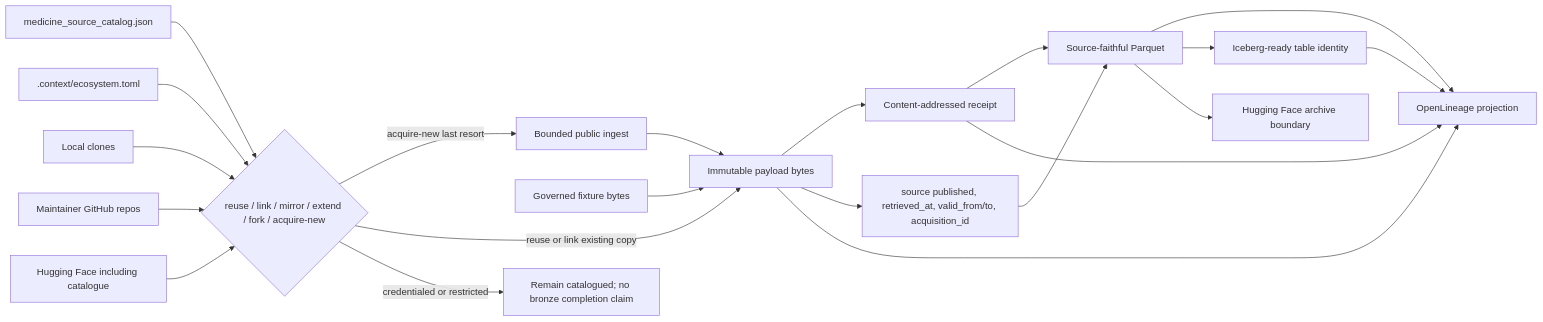
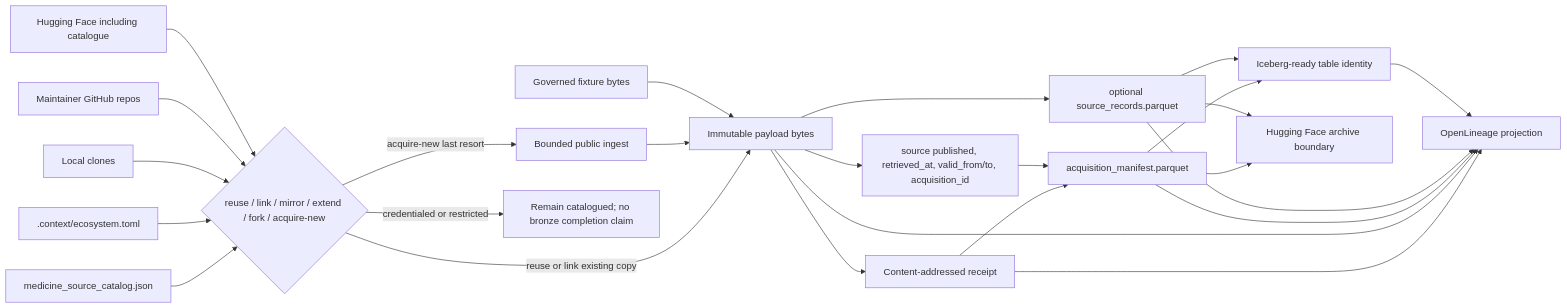
One commit to edithatogo/global-medicines-atlas changed diagram 16 of 18 in conductor/design.md. Above: the diagram before and after it, drawn with Mermaid. The commit also changed other lines of this file and 4 other files, not shown here.

````diff
--- a/conductor/design.md
+++ b/conductor/design.md
@@ -509,40 +523,45 @@
 ```mermaid
 flowchart LR
     CATALOG["medicine_source_catalog.json"]
     ECO[".context/ecosystem.toml"]
     LOCAL["Local clones"]
     GH["Maintainer GitHub repos"]
     HFSEARCH["Hugging Face including catalogue"]
     GATE{"reuse / link / mirror / extend / fork / acquire-new"}
     FETCH["Bounded public ingest"]
     FIXTURE["Governed fixture bytes"]
     PAYLOAD["Immutable payload bytes"]
     RECEIPT["Content-addressed receipt"]
     TIME["source published, retrieved_at, valid_from/to, acquisition_id"]
-    PARQUET["Source-faithful Parquet"]
+    MANIFEST["acquisition_manifest.parquet"]
+    RECORDS["optional source_records.parquet"]
     OL["OpenLineage projection"]
     ICE["Iceberg-ready table identity"]
     HF["Hugging Face archive boundary"]
     BLOCK["Remain catalogued; no bronze completion claim"]
 
     CATALOG --> GATE
     ECO --> GATE
     LOCAL --> GATE
     GH --> GATE
     HFSEARCH --> GATE
     GATE -->|acquire-new last resort| FETCH
     GATE -->|reuse or link existing copy| PAYLOAD
     GATE -->|credentialed or restricted| BLOCK
     FETCH --> PAYLOAD
     FIXTURE --> PAYLOAD
     PAYLOAD --> RECEIPT
     PAYLOAD --> TIME
-    RECEIPT --> PARQUET
-    TIME --> PARQUET
+    RECEIPT --> MANIFEST
+    TIME --> MANIFEST
+    PAYLOAD --> RECORDS
     RECEIPT --> OL
     PAYLOAD --> OL
-    PARQUET --> OL
+    MANIFEST --> OL
+    RECORDS --> OL
     ICE --> OL
-    PARQUET --> ICE
-    PARQUET --> HF
+    MANIFEST --> ICE
+    RECORDS --> ICE
+    MANIFEST --> HF
+    RECORDS --> HF
 ```
````
